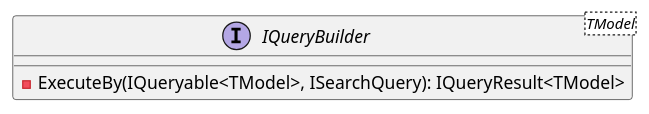
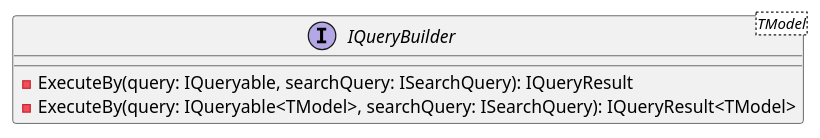
The fourth of 6 diagrams in docs/generated/Framework/Eliassen.System.Abstractions/Linq/Search/Documentation.md (mwwhited-forks/dotnet-libs), drawn with PlantUML before and after one commit. The commit also changed other lines of this file and 444 other files, not shown here.

````diff
--- a/docs/generated/Framework/Eliassen.System.Abstractions/Linq/Search/Documentation.md
+++ b/docs/generated/Framework/Eliassen.System.Abstractions/Linq/Search/Documentation.md
@@ -70,7 +60,12 @@
 ```plantuml
 @startuml
+interface IQueryBuilder {
+  - ExecuteBy(query: IQueryable, searchQuery: ISearchQuery): IQueryResult
+}
+
 interface IQueryBuilder<TModel> {
-  - ExecuteBy(IQueryable<TModel>, ISearchQuery): IQueryResult<TModel>
+  - ExecuteBy(query: IQueryable<TModel>, searchQuery: ISearchQuery): IQueryResult<TModel>
 }
+
 @enduml
 ```
````
